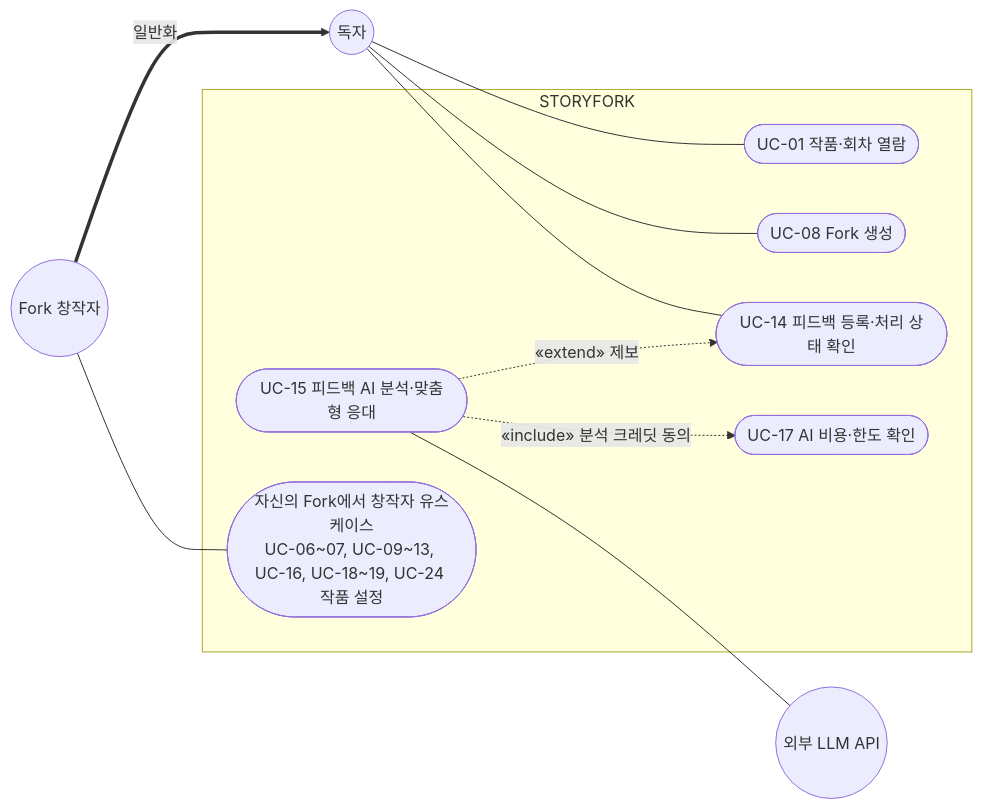
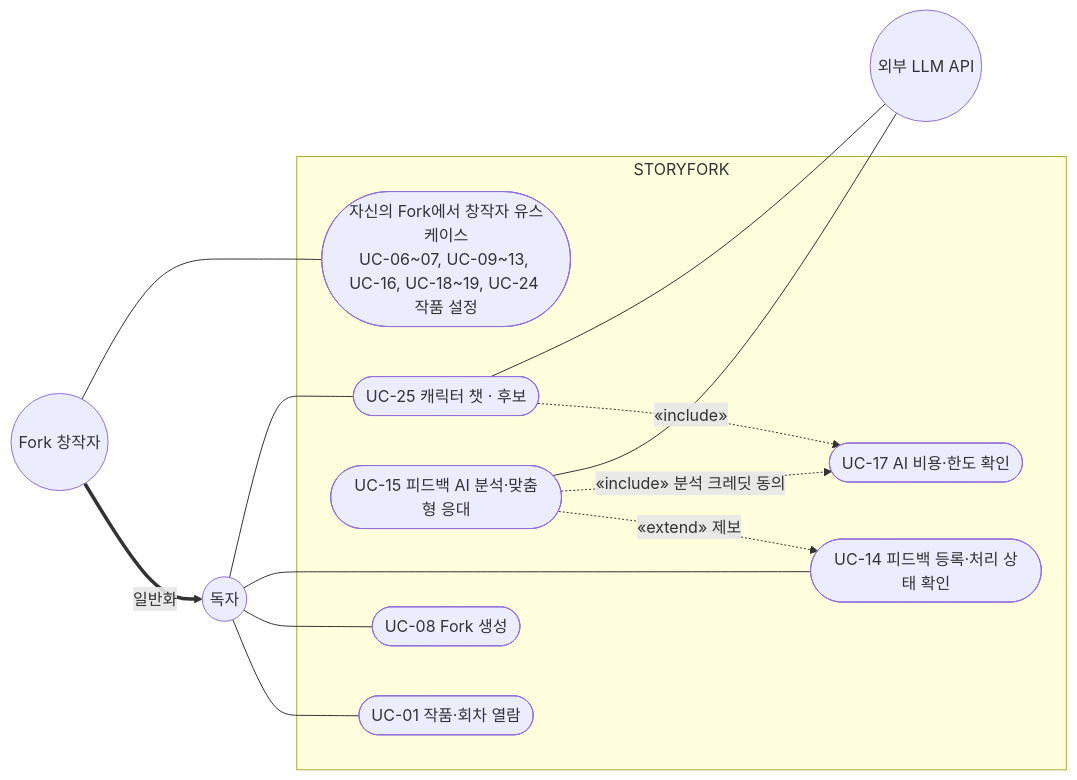
Before and after one commit to SKNETWORKS-FAMILY-AICAMP/SKN34-FINAL-4TEAM: the third of 9 diagrams in docs/usecase.md, drawn with Mermaid. The commit also changed other lines of this file and 25 other files, not shown here.

````diff
--- a/docs/usecase.md
+++ b/docs/usecase.md
@@ -176,22 +181,26 @@
 ```mermaid
 flowchart LR
   R(("독자"))
   F(("Fork 창작자"))
   L(("외부 LLM API"))
   subgraph SYS["STORYFORK"]
     U01(["UC-01 작품·회차 열람"])
     U08(["UC-08 Fork 생성"])
     U14(["UC-14 피드백 등록·처리 상태 확인"])
     U15(["UC-15 피드백 AI 분석·맞춤형 응대"])
     U17(["UC-17 AI 비용·한도 확인"])
+    U25(["UC-25 캐릭터 챗 · 후보"])
     OWN(["자신의 Fork에서 창작자 유스케이스<br/>UC-06~07, UC-09~13, UC-16, UC-18~19, UC-24 작품 설정"])
   end
   R --- U01
   R --- U08
   R --- U14
   U15 -.->|"«extend» 제보"| U14
   U15 -.->|"«include» 분석 크레딧 동의"| U17
   U15 --- L
+  R --- U25
+  U25 -.->|"«include»"| U17
+  U25 --- L
   F ==>|"일반화"| R
   F --- OWN
 ```
````
